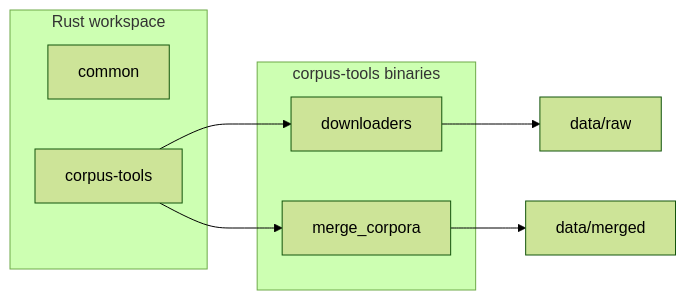
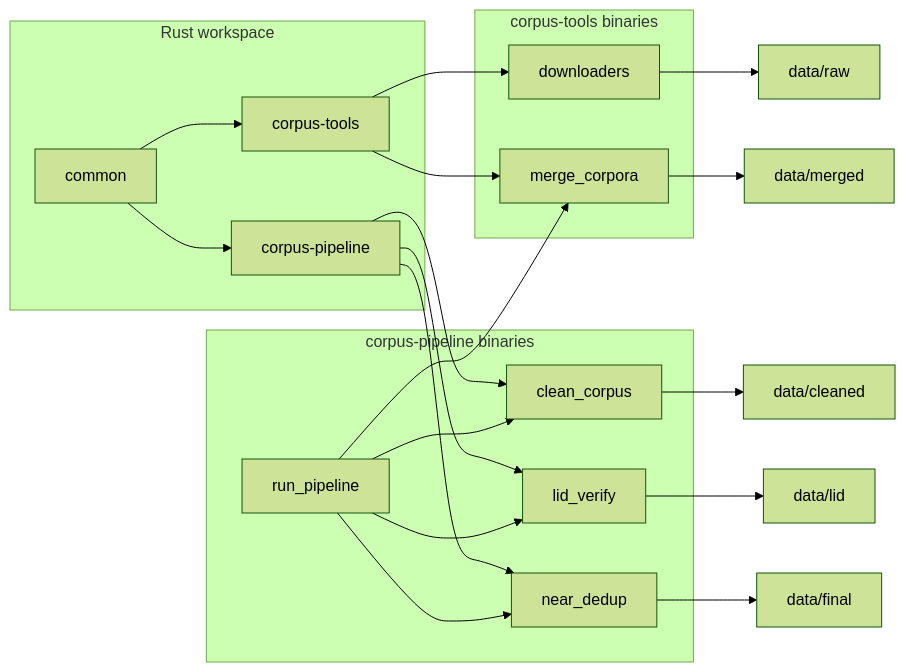
One commit to goobolabs/SomNLP-Corpus changed the diagram in docs/ARCHITECTURE.md. Above: the diagram before and after it, drawn with Mermaid (forest theme). The commit also changed other lines of this file and 52 other files, not shown here.

First line of the commit message:
feat: implement Phase 3 Somali corpus cleaning pipeline

````diff
--- a/docs/ARCHITECTURE.md
+++ b/docs/ARCHITECTURE.md
@@ -18,15 +22,34 @@
 ```mermaid
 flowchart LR
   subgraph crates [Rust workspace]
     common[common]
     corpusTools[corpus-tools]
+    pipeline[corpus-pipeline]
   end
-  subgraph bins [corpus-tools binaries]
+  subgraph downloadBins [corpus-tools binaries]
     dl[downloaders]
     merge[merge_corpora]
   end
+  subgraph pipelineBins [corpus-pipeline binaries]
+    clean[clean_corpus]
+    lid[lid_verify]
+    near[near_dedup]
+    run[run_pipeline]
+  end
+  common --> corpusTools
+  common --> pipeline
   corpusTools --> dl
   corpusTools --> merge
+  pipeline --> clean
+  pipeline --> lid
+  pipeline --> near
+  run --> merge
+  run --> clean
+  run --> lid
+  run --> near
   dl --> raw[data/raw]
   merge --> merged[data/merged]
+  clean --> cleaned[data/cleaned]
+  lid --> lidout[data/lid]
+  near --> final[data/final]
 ```
````
